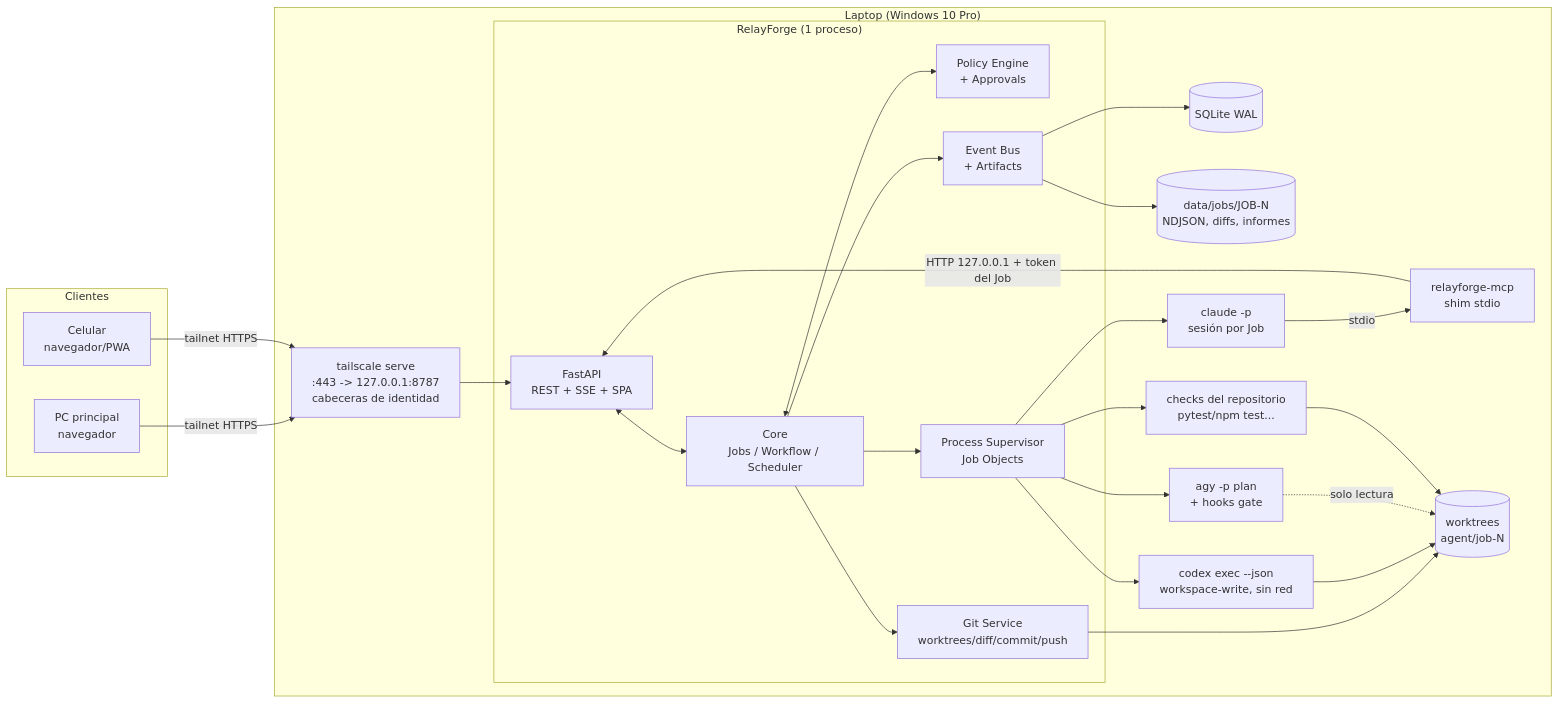
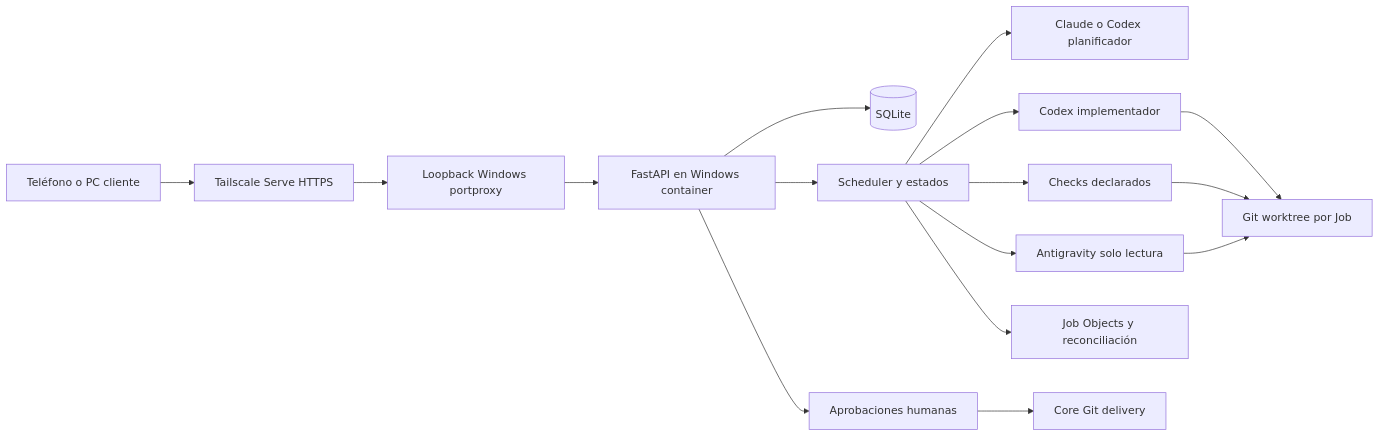
One commit to FerS00/RelayForge changed the diagram in docs/PLAN_PROYECTO.md. Above: the diagram before and after it, drawn with Mermaid. The commit also changed other lines of this file and 184 other files, not shown here.

````diff
--- a/docs/PLAN_PROYECTO.md
+++ b/docs/PLAN_PROYECTO.md
@@ -241,40 +121,18 @@
 ```mermaid
 flowchart LR
-  subgraph Clientes
-    PC[PC principal\nnavegador]
-    Phone[Celular\nnavegador/PWA]
-  end
-  PC -- tailnet HTTPS --> TS
-  Phone -- tailnet HTTPS --> TS
-  subgraph Laptop["Laptop (Windows 10 Pro)"]
-    TS[tailscale serve\n:443 -> 127.0.0.1:8787\ncabeceras de identidad]
-    subgraph RF["RelayForge (1 proceso)"]
-      API[FastAPI\nREST + SSE + SPA]
-      CORE[Core\nJobs / Workflow / Scheduler]
-      POL[Policy Engine\n+ Approvals]
-      EV[Event Bus\n+ Artifacts]
-      SUP[Process Supervisor\nJob Objects]
-      GIT[Git Service\nworktrees/diff/commit/push]
-    end
-    DB[(SQLite WAL)]
-    FS[(data/jobs/JOB-N\nNDJSON, diffs, informes)]
-    MCP[relayforge-mcp\nshim stdio]
-    CL[claude -p\nsesión por Job]
-    CX[codex exec --json\nworkspace-write, sin red]
-    AG[agy -p plan\n+ hooks gate]
-    CK[checks del repositorio\npytest/npm test...]
-    WT[(worktrees\nagent/job-N)]
-  end
-  TS --> API
-  API <--> CORE
-  CORE <--> POL
-  CORE --> EV --> DB
-  EV --> FS
-  CORE --> SUP
-  CORE --> GIT --> WT
-  SUP --> CL & CX & AG & CK
-  CL -- stdio --> MCP -- HTTP 127.0.0.1 + token del Job --> API
-  CX --> WT
-  AG -. solo lectura .-> WT
-  CK --> WT
+    Mobile[Teléfono o PC cliente] --> TS[Tailscale Serve HTTPS]
+    TS --> Bridge[Loopback Windows portproxy]
+    Bridge --> API[FastAPI en Windows container]
+    API --> DB[(SQLite)]
+    API --> Scheduler[Scheduler y estados]
+    Scheduler --> Plan[Claude o Codex planificador]
+    Scheduler --> Impl[Codex implementador]
+    Scheduler --> Checks[Checks declarados]
+    Scheduler --> Audit[Antigravity solo lectura]
+    Impl --> WT[Git worktree por Job]
+    Checks --> WT
+    Audit --> WT
+    API --> Approval[Aprobaciones humanas]
+    Approval --> Delivery[Core Git delivery]
+    Scheduler --> Supervisor[Job Objects y reconciliación]
 ```
````
